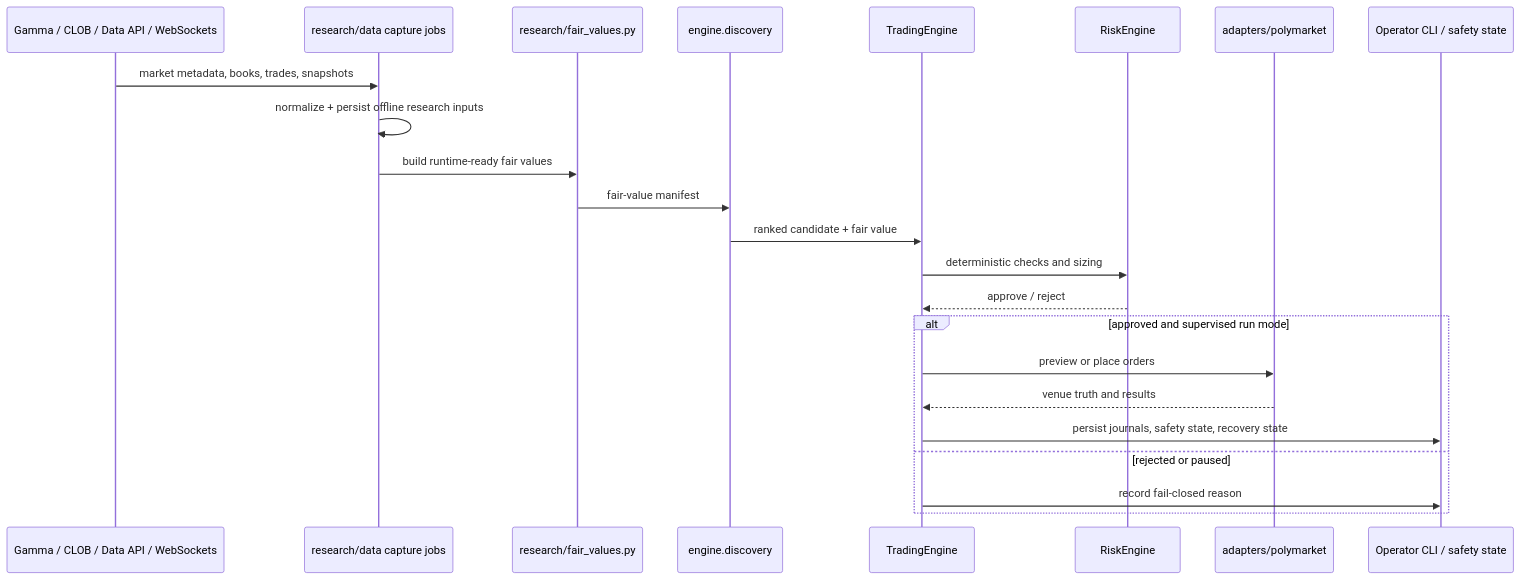
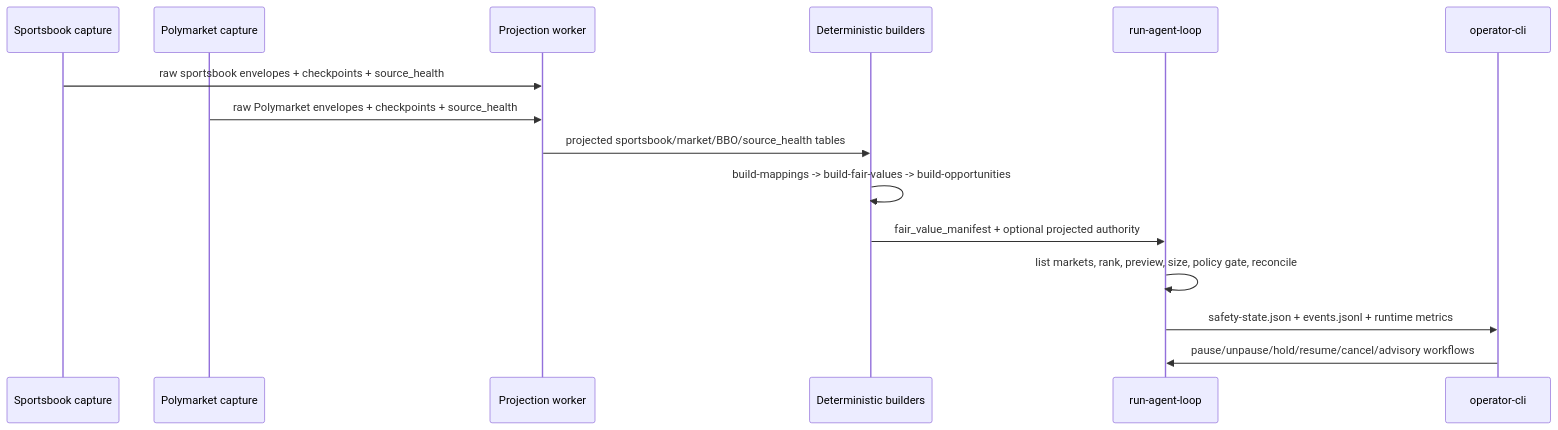
The second of 2 diagrams in docs/architecture/sports_polymarket_architecture.md (harshitagarwal2/polymarket-prediction-agent), drawn with Mermaid before and after one commit. The commit also changed other lines of this file and 1 other file, not shown here.

First line of the commit message:
Refresh architecture narratives

````diff
--- a/docs/architecture/sports_polymarket_architecture.md
+++ b/docs/architecture/sports_polymarket_architecture.md
@@ -138,26 +124,18 @@
 ```mermaid
 sequenceDiagram
-    participant G as Gamma / CLOB / Data API / WebSockets
-    participant C as research/data capture jobs
-    participant F as research/fair_values.py
-    participant D as engine.discovery
-    participant E as TradingEngine
-    participant R as RiskEngine
-    participant A as adapters/polymarket
-    participant O as Operator CLI / safety state
+    participant SB as Sportsbook capture
+    participant PM as Polymarket capture
+    participant PJ as Projection worker
+    participant B as Deterministic builders
+    participant RT as run-agent-loop
+    participant OP as operator-cli
 
-    G->>C: market metadata, books, trades, snapshots
-    C->>C: normalize + persist offline research inputs
-    C->>F: build runtime-ready fair values
-    F->>D: fair-value manifest
-    D->>E: ranked candidate + fair value
-    E->>R: deterministic checks and sizing
-    R-->>E: approve / reject
-    alt approved and supervised run mode
-        E->>A: preview or place orders
-        A-->>E: venue truth and results
-        E->>O: persist journals, safety state, recovery state
-    else rejected or paused
-        E->>O: record fail-closed reason
-    end
+    SB->>PJ: raw sportsbook envelopes + checkpoints + source_health
+    PM->>PJ: raw Polymarket envelopes + checkpoints + source_health
+    PJ->>B: projected sportsbook/market/BBO/source_health tables
+    B->>B: build-mappings -> build-fair-values -> build-opportunities
+    B->>RT: fair_value_manifest + optional projected authority
+    RT->>RT: list markets, rank, preview, size, policy gate, reconcile
+    RT->>OP: safety-state.json + events.jsonl + runtime metrics
+    OP->>RT: pause/unpause/hold/resume/cancel/advisory workflows
 ```
````
